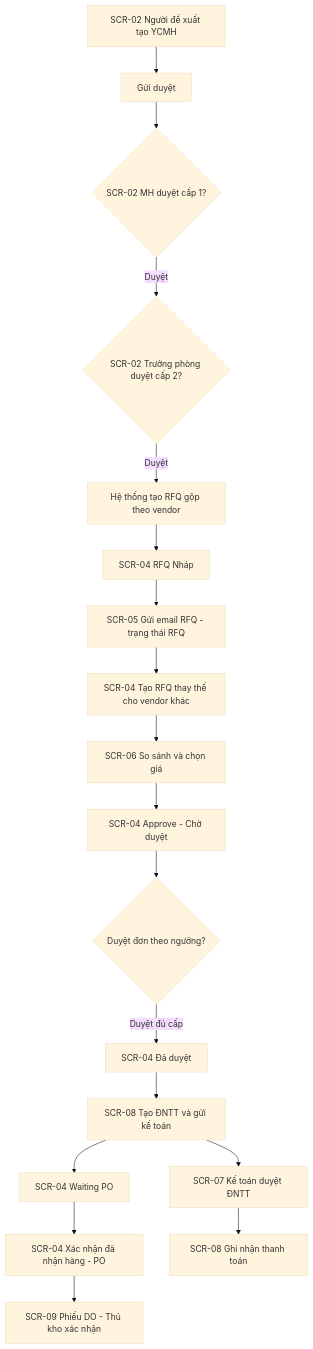
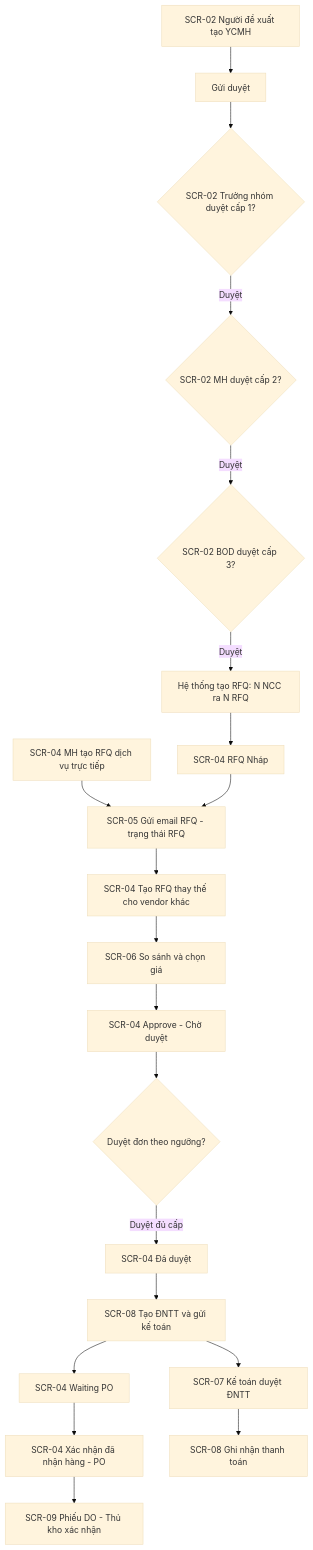
One commit to lethanhdat2002296-cpu/Skill_BA_Cloud_Automation changed the second of 5 diagrams in outputs/odoo-mua-hang/SRS.md. Above: the diagram before and after it, drawn with Mermaid (base theme). The commit also changed other lines of this file, not shown here.

````diff
--- a/outputs/odoo-mua-hang/SRS.md
+++ b/outputs/odoo-mua-hang/SRS.md
@@ -514,20 +696,22 @@
 ```mermaid
 flowchart TD
   A[SCR-02 Người đề xuất tạo YCMH] --> B[Gửi duyệt]
-  B --> C{SCR-02 MH duyệt cấp 1?}
-  C -- Duyệt --> D{SCR-02 Trưởng phòng duyệt cấp 2?}
-  D -- Duyệt --> E[Hệ thống tạo RFQ gộp theo vendor]
+  B --> C0{SCR-02 Trưởng nhóm duyệt cấp 1?}
+  C0 -- Duyệt --> C{SCR-02 MH duyệt cấp 2?}
+  C -- Duyệt --> D{SCR-02 BOD duyệt cấp 3?}
+  D -- Duyệt --> E[Hệ thống tạo RFQ: N NCC ra N RFQ]
+  S[SCR-04 MH tạo RFQ dịch vụ trực tiếp] --> G
   E --> F[SCR-04 RFQ Nháp]
   F --> G[SCR-05 Gửi email RFQ - trạng thái RFQ]
   G --> H[SCR-04 Tạo RFQ thay thế cho vendor khác]
   H --> I[SCR-06 So sánh và chọn giá]
   I --> J[SCR-04 Approve - Chờ duyệt]
   J --> K{Duyệt đơn theo ngưỡng?}
   K -- Duyệt đủ cấp --> L[SCR-04 Đã duyệt]
   L --> M[SCR-08 Tạo ĐNTT và gửi kế toán]
   M --> N[SCR-04 Waiting PO]
   N --> O[SCR-04 Xác nhận đã nhận hàng - PO]
   O --> P[SCR-09 Phiếu DO - Thủ kho xác nhận]
   M --> Q[SCR-07 Kế toán duyệt ĐNTT]
   Q --> R[SCR-08 Ghi nhận thanh toán]
 ```
````
